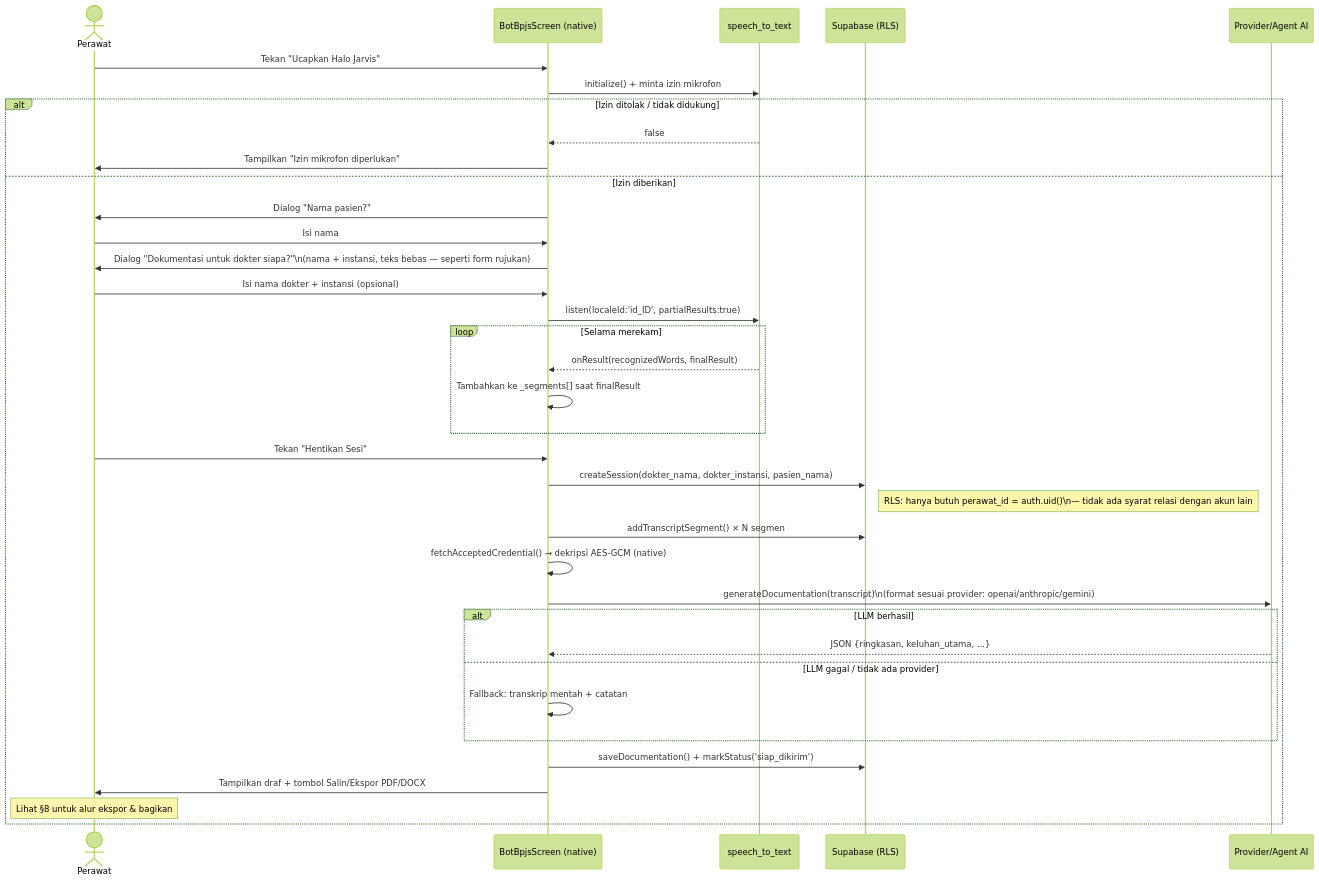
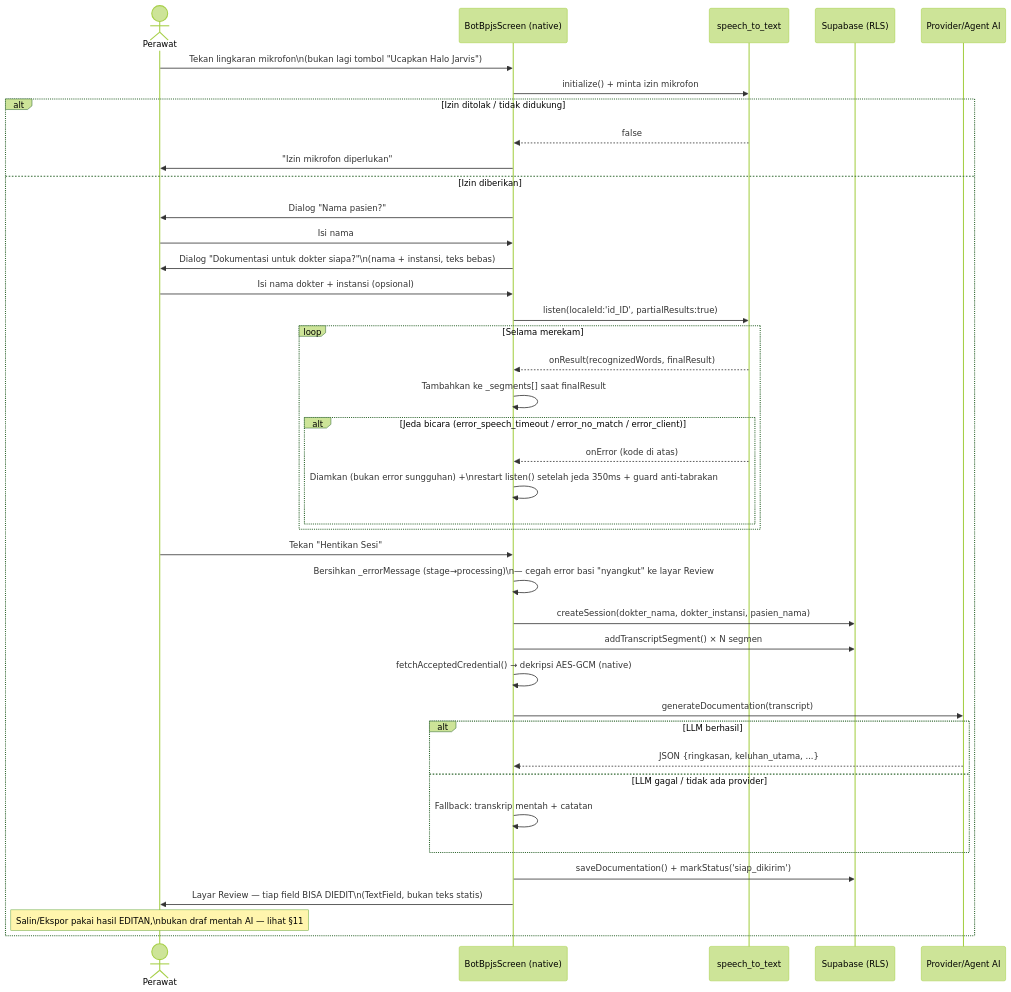
Before and after one commit to Khoirul-Yardan/PROJECT-MOBILE-APP: the tenth of 15 diagrams in docs/diagram-alur.md, drawn with Mermaid (forest theme). The commit also changed other lines of this file and 42 other files, not shown here.

````diff
--- a/docs/diagram-alur.md
+++ b/docs/diagram-alur.md
@@ -337,39 +503,43 @@
 ```mermaid
 sequenceDiagram
     actor Perawat
     participant App as BotBpjsScreen (native)
     participant STT as speech_to_text
     participant DB as Supabase (RLS)
     participant LLM as Provider/Agent AI
 
-    Perawat->>App: Tekan "Ucapkan Halo Jarvis"
+    Perawat->>App: Tekan lingkaran mikrofon\n(bukan lagi tombol "Ucapkan Halo Jarvis")
     App->>STT: initialize() + minta izin mikrofon
     alt Izin ditolak / tidak didukung
         STT-->>App: false
-        App->>Perawat: Tampilkan "Izin mikrofon diperlukan"
+        App->>Perawat: "Izin mikrofon diperlukan"
     else Izin diberikan
         App->>Perawat: Dialog "Nama pasien?"
         Perawat->>App: Isi nama
-        App->>Perawat: Dialog "Dokumentasi untuk dokter siapa?"\n(nama + instansi, teks bebas — seperti form rujukan)
+        App->>Perawat: Dialog "Dokumentasi untuk dokter siapa?"\n(nama + instansi, teks bebas)
         Perawat->>App: Isi nama dokter + instansi (opsional)
         App->>STT: listen(localeId:'id_ID', partialResults:true)
         loop Selama merekam
             STT-->>App: onResult(recognizedWords, finalResult)
             App->>App: Tambahkan ke _segments[] saat finalResult
+            alt Jeda bicara (error_speech_timeout / error_no_match / error_client)
+                STT-->>App: onError (kode di atas)
+                App->>App: Diamkan (bukan error sungguhan) +\nrestart listen() setelah jeda 350ms + guard anti-tabrakan
+            end
         end
         Perawat->>App: Tekan "Hentikan Sesi"
+        App->>App: Bersihkan _errorMessage (stage→processing)\n— cegah error basi "nyangkut" ke layar Review
         App->>DB: createSession(dokter_nama, dokter_instansi, pasien_nama)
-        Note right of DB: RLS: hanya butuh perawat_id = auth.uid()\n— tidak ada syarat relasi dengan akun lain
         App->>DB: addTranscriptSegment() × N segmen
         App->>App: fetchAcceptedCredential() → dekripsi AES-GCM (native)
-        App->>LLM: generateDocumentation(transcript)\n(format sesuai provider: openai/anthropic/gemini)
+        App->>LLM: generateDocumentation(transcript)
         alt LLM berhasil
             LLM-->>App: JSON {ringkasan, keluhan_utama, ...}
         else LLM gagal / tidak ada provider
             App->>App: Fallback: transkrip mentah + catatan
         end
         App->>DB: saveDocumentation() + markStatus('siap_dikirim')
-        App->>Perawat: Tampilkan draf + tombol Salin/Ekspor PDF/DOCX
-        Note over Perawat: Lihat §8 untuk alur ekspor & bagikan
+        App->>Perawat: Layar Review — tiap field BISA DIEDIT\n(TextField, bukan teks statis)
+        Note over Perawat: Salin/Ekspor pakai hasil EDITAN,\nbukan draf mentah AI — lihat §11
     end
 ```
````
